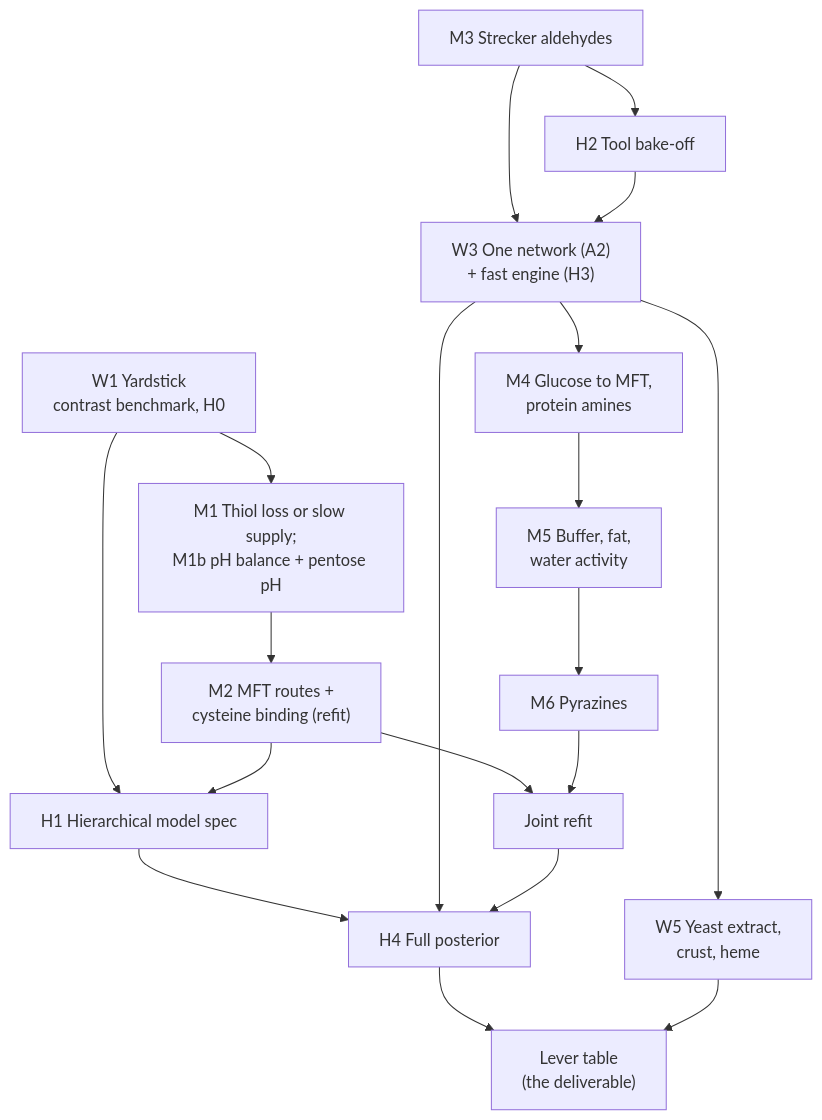
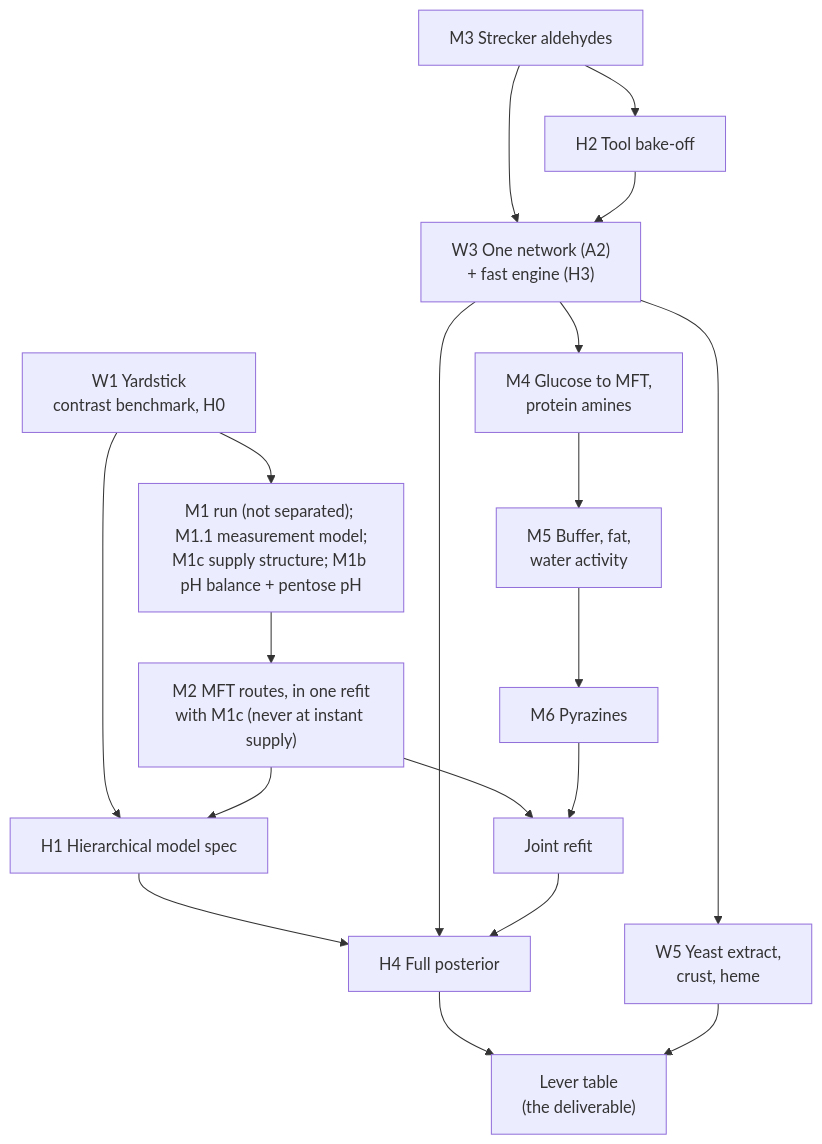
One commit to PabloAMC/Maillard changed the diagram in docs/guides/STATUS_AND_PLAN.md. Above: the diagram before and after it, drawn with Mermaid. The commit also changed other lines of this file and 1 other file, not shown here.

First line of the commit message:
Plan re-sequenced after M1, the supply screen and a premortem: M1.1 measurement model, M1c supply structure, M2 only in the joint refit; dates and odds moved

````diff
--- a/docs/guides/STATUS_AND_PLAN.md
+++ b/docs/guides/STATUS_AND_PLAN.md
@@ -81,27 +81,27 @@
 ```mermaid
 graph TD
     W1["W1 Yardstick<br/>contrast benchmark, H0"]
-    M1["M1 Thiol loss or slow supply;<br/>M1b pH balance + pentose pH"]
-    M2["M2 MFT routes +<br/>cysteine binding (refit)"]
+    M1["M1 run (not separated); M1.1 measurement model;<br/>M1c supply structure; M1b pH balance + pentose pH"]
+    M2["M2 MFT routes, in one refit<br/>with M1c (never at instant supply)"]
     M3["M3 Strecker aldehydes"]
     W3["W3 One network (A2)<br/>+ fast engine (H3)"]
     M4["M4 Glucose to MFT,<br/>protein amines"]
     M5["M5 Buffer, fat,<br/>water activity"]
     M6["M6 Pyrazines"]
     JR["Joint refit"]
     H1["H1 Hierarchical model spec"]
     H2["H2 Tool bake-off"]
     H4["H4 Full posterior"]
     W5a["W5 Yeast extract,<br/>crust, heme"]
     LT["Lever table<br/>(the deliverable)"]
 
     W1 --> M1 --> M2 --> JR
     M3 --> W3
     M3 --> H2 --> W3
     W3 --> M4 --> M5 --> M6 --> JR
     W1 --> H1
     M2 --> H1 --> H4
     W3 --> H4
     JR --> H4 --> LT
     W3 --> W5a --> LT
 ```
````
